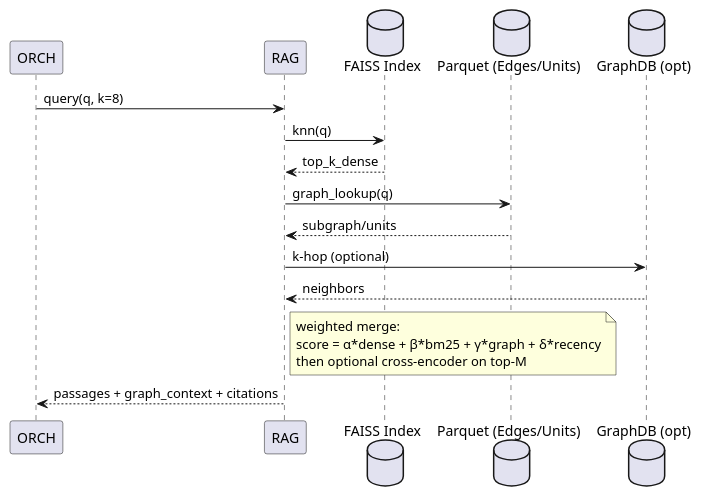
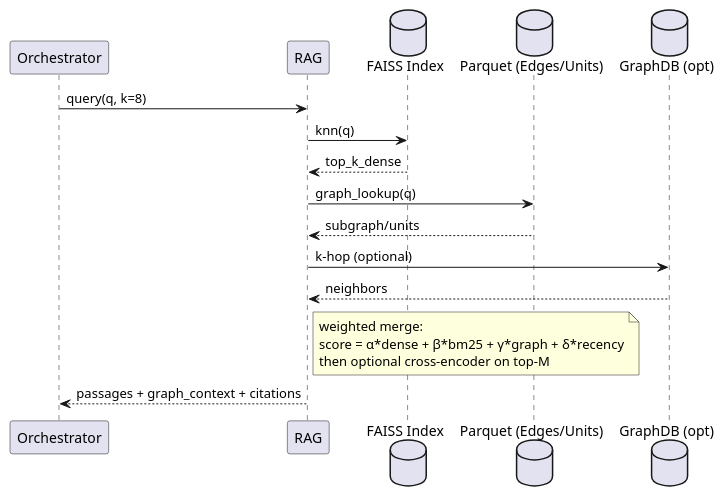
Before and after one commit to leenaru/AI: the fourth of 5 diagrams in agent/0815/v2.md, drawn with PlantUML. The commit also changed other lines of this file, not shown here.

````diff
--- a/agent/0815/v2.md
+++ b/agent/0815/v2.md
@@ -464,23 +466,23 @@
 ```plantuml
 @startuml
-participant ORCH
+participant "Orchestrator" as ORCH
 participant RAG
 database "FAISS Index" as VDB
 database "Parquet (Edges/Units)" as PARQ
 database "GraphDB (opt)" as GDB
 
 ORCH -> RAG: query(q, k=8)
 RAG -> VDB: knn(q)
 VDB --> RAG: top_k_dense
 RAG -> PARQ: graph_lookup(q)
 PARQ --> RAG: subgraph/units
 RAG -> GDB: k-hop (optional)
 GDB --> RAG: neighbors
 note right of RAG
   weighted merge:
   score = α*dense + β*bm25 + γ*graph + δ*recency
   then optional cross-encoder on top-M
 end note
 RAG --> ORCH: passages + graph_context + citations
 @enduml
 ```
````
